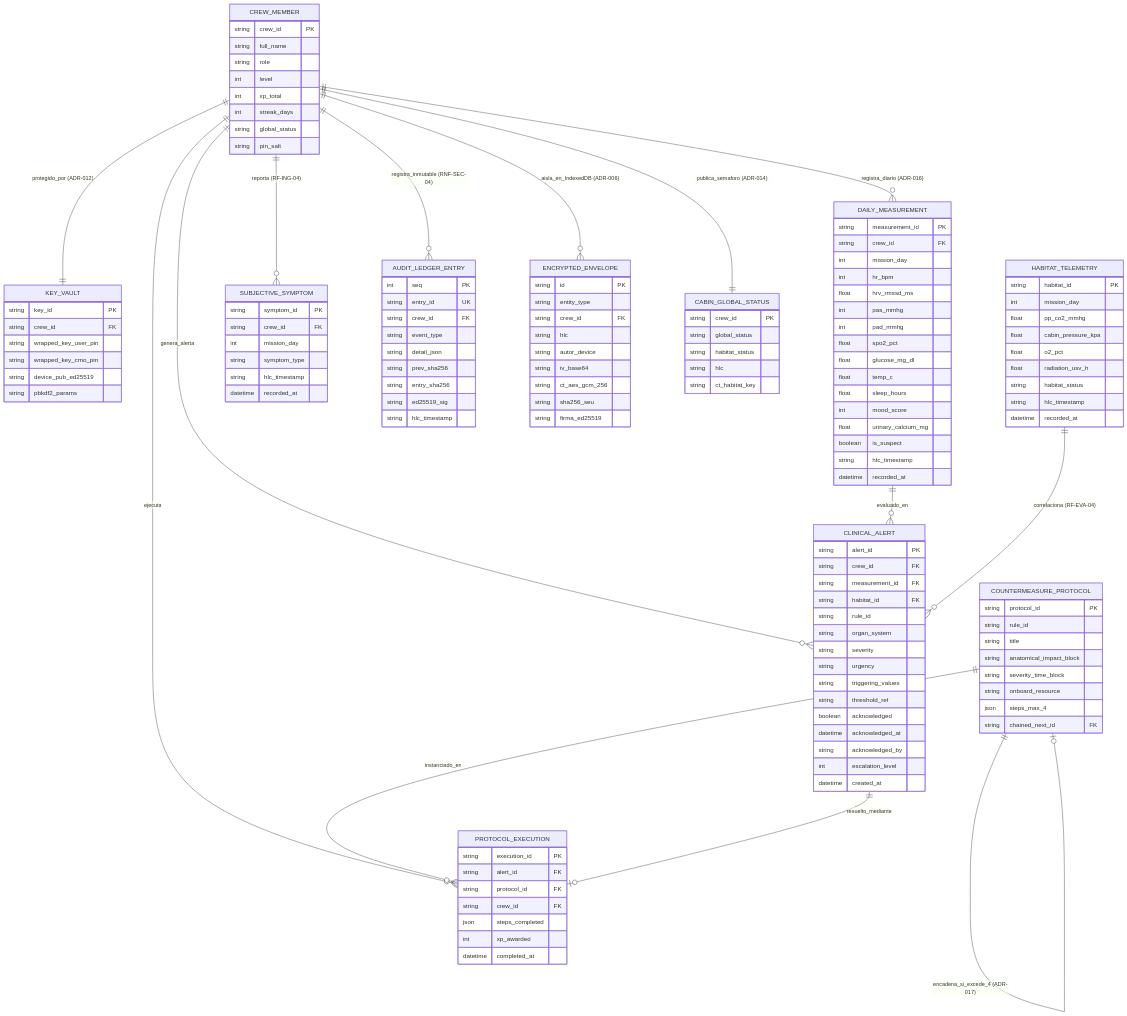
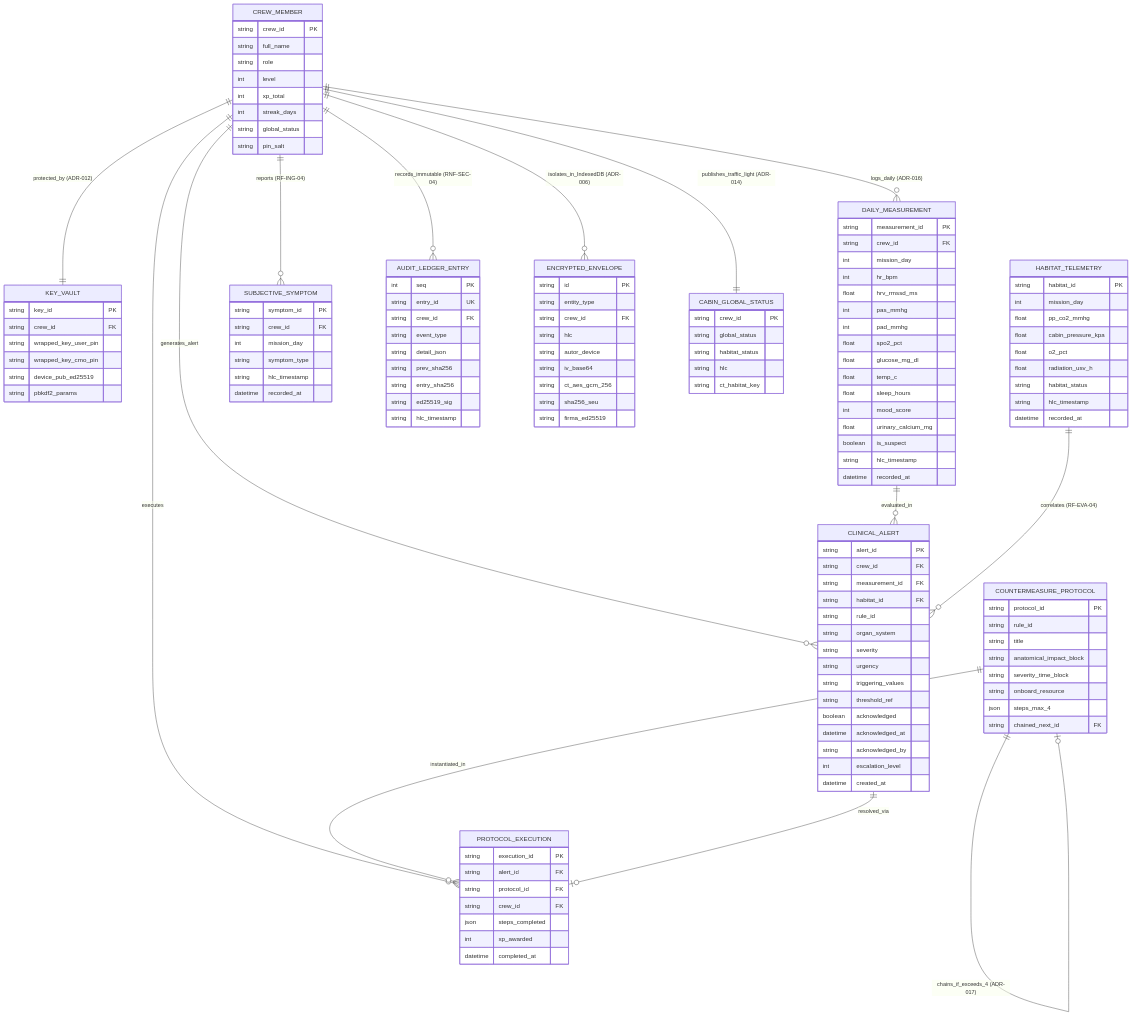
One commit to angelcontres/ASTHA-SpaceApps changed the first of 2 diagrams in docs/Modelo-datos-y-APIs/01-Diagrama-Entidad-Relacion.md. Above: the diagram before and after it, drawn with Mermaid. The commit also changed other lines of this file and 46 other files, not shown here.

````diff
--- a/docs/Modelo-datos-y-APIs/01-Diagrama-Entidad-Relacion.md
+++ b/docs/Modelo-datos-y-APIs/01-Diagrama-Entidad-Relacion.md
@@ -141,20 +141,20 @@
         string ct_habitat_key
     }
 
-    CREW_MEMBER ||--|| KEY_VAULT : "protegido_por (ADR-012)"
-    CREW_MEMBER ||--o{ DAILY_MEASUREMENT : "registra_diario (ADR-016)"
-    CREW_MEMBER ||--o{ SUBJECTIVE_SYMPTOM : "reporta (RF-ING-04)"
-    CREW_MEMBER ||--o{ CLINICAL_ALERT : "genera_alerta"
-    CREW_MEMBER ||--o{ PROTOCOL_EXECUTION : "ejecuta"
-    CREW_MEMBER ||--|| CABIN_GLOBAL_STATUS : "publica_semaforo (ADR-014)"
+    CREW_MEMBER ||--|| KEY_VAULT : "protected_by (ADR-012)"
+    CREW_MEMBER ||--o{ DAILY_MEASUREMENT : "logs_daily (ADR-016)"
+    CREW_MEMBER ||--o{ SUBJECTIVE_SYMPTOM : "reports (RF-ING-04)"
+    CREW_MEMBER ||--o{ CLINICAL_ALERT : "generates_alert"
+    CREW_MEMBER ||--o{ PROTOCOL_EXECUTION : "executes"
+    CREW_MEMBER ||--|| CABIN_GLOBAL_STATUS : "publishes_traffic_light (ADR-014)"
 
-    DAILY_MEASUREMENT ||--o{ CLINICAL_ALERT : "evaluado_en"
-    HABITAT_TELEMETRY ||--o{ CLINICAL_ALERT : "correlaciona (RF-EVA-04)"
+    DAILY_MEASUREMENT ||--o{ CLINICAL_ALERT : "evaluated_in"
+    HABITAT_TELEMETRY ||--o{ CLINICAL_ALERT : "correlates (RF-EVA-04)"
 
-    COUNTERMEASURE_PROTOCOL ||--o| COUNTERMEASURE_PROTOCOL : "encadena_si_excede_4 (ADR-017)"
-    COUNTERMEASURE_PROTOCOL ||--o{ PROTOCOL_EXECUTION : "instanciado_en"
-    CLINICAL_ALERT ||--o| PROTOCOL_EXECUTION : "resuelto_mediante"
+    COUNTERMEASURE_PROTOCOL ||--o| COUNTERMEASURE_PROTOCOL : "chains_if_exceeds_4 (ADR-017)"
+    COUNTERMEASURE_PROTOCOL ||--o{ PROTOCOL_EXECUTION : "instantiated_in"
+    CLINICAL_ALERT ||--o| PROTOCOL_EXECUTION : "resolved_via"
 
-    CREW_MEMBER ||--o{ AUDIT_LEDGER_ENTRY : "registra_inmutable (RNF-SEC-04)"
-    CREW_MEMBER ||--o{ ENCRYPTED_ENVELOPE : "aisla_en_IndexedDB (ADR-006)"
+    CREW_MEMBER ||--o{ AUDIT_LEDGER_ENTRY : "records_immutable (RNF-SEC-04)"
+    CREW_MEMBER ||--o{ ENCRYPTED_ENVELOPE : "isolates_in_IndexedDB (ADR-006)"
 ```
````
